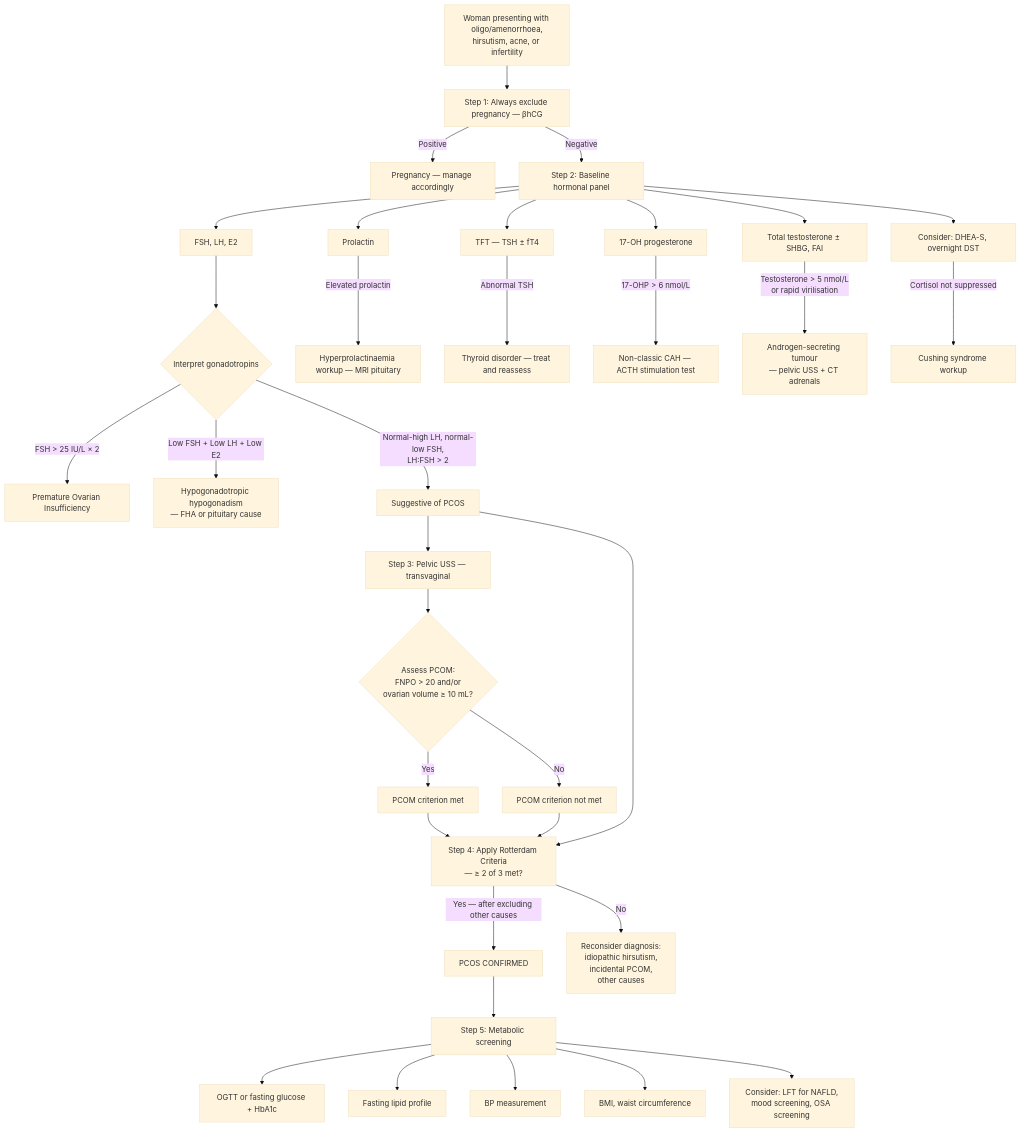
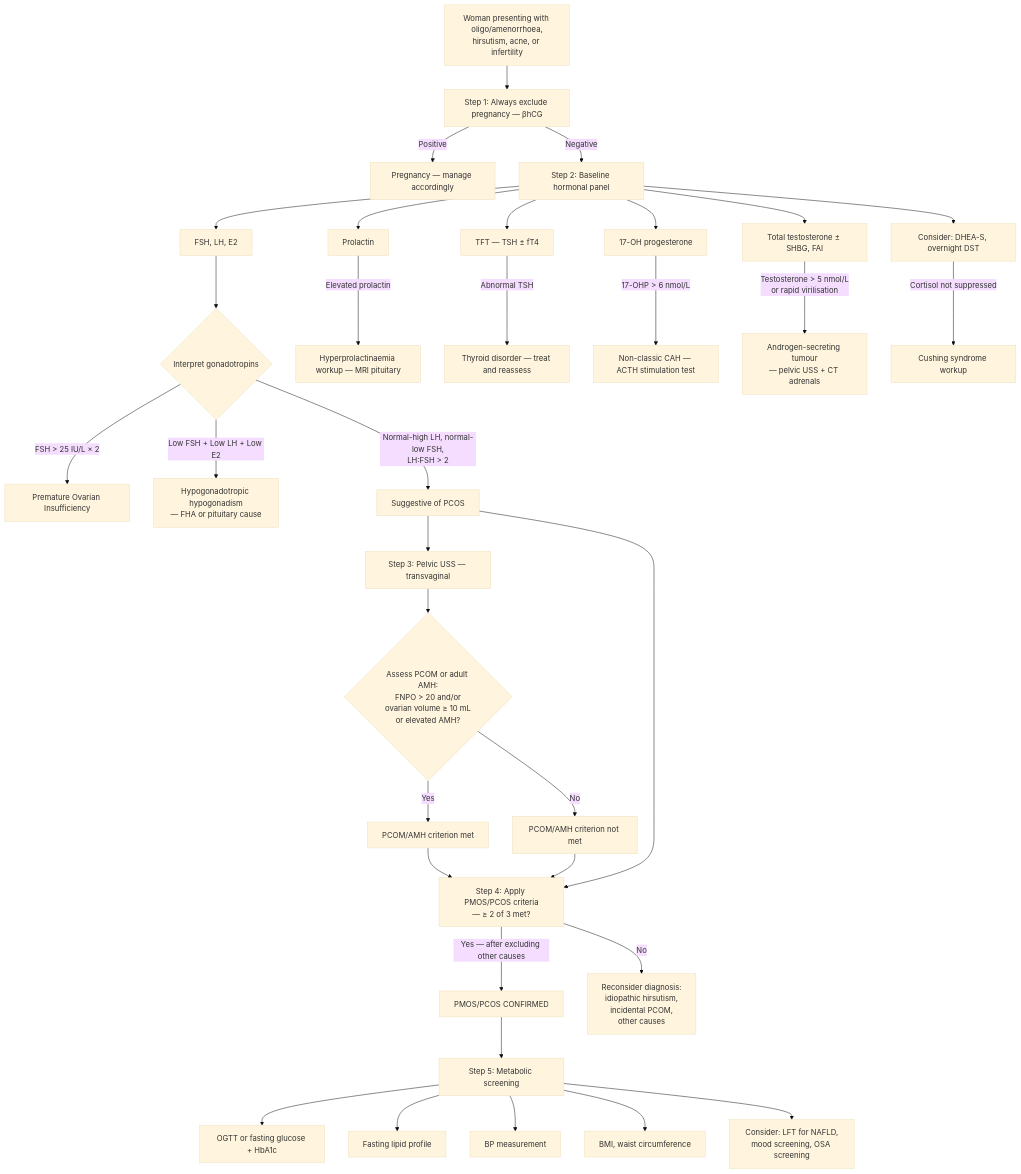
One commit to techjason/mbbspedia changed the diagram in content/fragments/obstetrics-and-gynecology/polycystic-ovarian-syndrome-pcos/dx.mdx. Above: the diagram before and after it, drawn with Mermaid (base theme). The commit also changed other lines of this file and 9 other files, not shown here.

````diff
--- a/content/fragments/obstetrics-and-gynecology/polycystic-ovarian-syndrome-pcos/dx.mdx
+++ b/content/fragments/obstetrics-and-gynecology/polycystic-ovarian-syndrome-pcos/dx.mdx
@@ -117,41 +117,41 @@
 ```mermaid
 graph TD
     A["Woman presenting with oligo/amenorrhoea,<br/>hirsutism, acne, or infertility"] --> B["Step 1: Always exclude pregnancy — βhCG"]
     B -->|"Positive"| C["Pregnancy — manage accordingly"]
     B -->|"Negative"| D["Step 2: Baseline hormonal panel"]
     D --> D1["FSH, LH, E2"]
     D --> D2["Prolactin"]
     D --> D3["TFT — TSH ± fT4"]
     D --> D4["Total testosterone ± SHBG, FAI"]
     D --> D5["17-OH progesterone"]
     D --> D6["Consider: DHEA-S, overnight DST"]
 
     D1 --> E{"Interpret gonadotropins"}
     E -->|"FSH > 25 IU/L × 2"| F["Premature Ovarian Insufficiency"]
     E -->|"Low FSH + Low LH + Low E2"| G["Hypogonadotropic hypogonadism<br/>— FHA or pituitary cause"]
     E -->|"Normal-high LH, normal-low FSH,<br/>LH:FSH > 2"| H["Suggestive of PCOS"]
 
     D2 -->|"Elevated prolactin"| I["Hyperprolactinaemia workup — MRI pituitary"]
     D3 -->|"Abnormal TSH"| J["Thyroid disorder — treat and reassess"]
     D5 -->|"17-OHP > 6 nmol/L"| K["Non-classic CAH — ACTH stimulation test"]
     D4 -->|"Testosterone > 5 nmol/L<br/>or rapid virilisation"| L["Androgen-secreting tumour<br/>— pelvic USS + CT adrenals"]
     D6 -->|"Cortisol not suppressed"| M["Cushing syndrome workup"]
 
     H --> N["Step 3: Pelvic USS — transvaginal"]
-    N --> O{"Assess PCOM:<br/>FNPO > 20 and/or<br/>ovarian volume ≥ 10 mL?"}
-    O -->|"Yes"| P["PCOM criterion met"]
-    O -->|"No"| Q["PCOM criterion not met"]
+    N --> O{"Assess PCOM or adult AMH:<br/>FNPO > 20 and/or<br/>ovarian volume ≥ 10 mL<br/>or elevated AMH?"}
+    O -->|"Yes"| P["PCOM/AMH criterion met"]
+    O -->|"No"| Q["PCOM/AMH criterion not met"]
 
-    P --> R["Step 4: Apply Rotterdam Criteria<br/>— ≥ 2 of 3 met?"]
+    P --> R["Step 4: Apply PMOS/PCOS criteria<br/>— ≥ 2 of 3 met?"]
     Q --> R
     H --> R
-    R -->|"Yes — after excluding other causes"| S["PCOS CONFIRMED"]
+    R -->|"Yes — after excluding other causes"| S["PMOS/PCOS CONFIRMED"]
     R -->|"No"| T["Reconsider diagnosis:<br/>idiopathic hirsutism,<br/>incidental PCOM,<br/>other causes"]
 
     S --> U["Step 5: Metabolic screening"]
     U --> U1["OGTT or fasting glucose + HbA1c"]
     U --> U2["Fasting lipid profile"]
     U --> U3["BP measurement"]
     U --> U4["BMI, waist circumference"]
     U --> U5["Consider: LFT for NAFLD,<br/>mood screening, OSA screening"]
 ```
````
